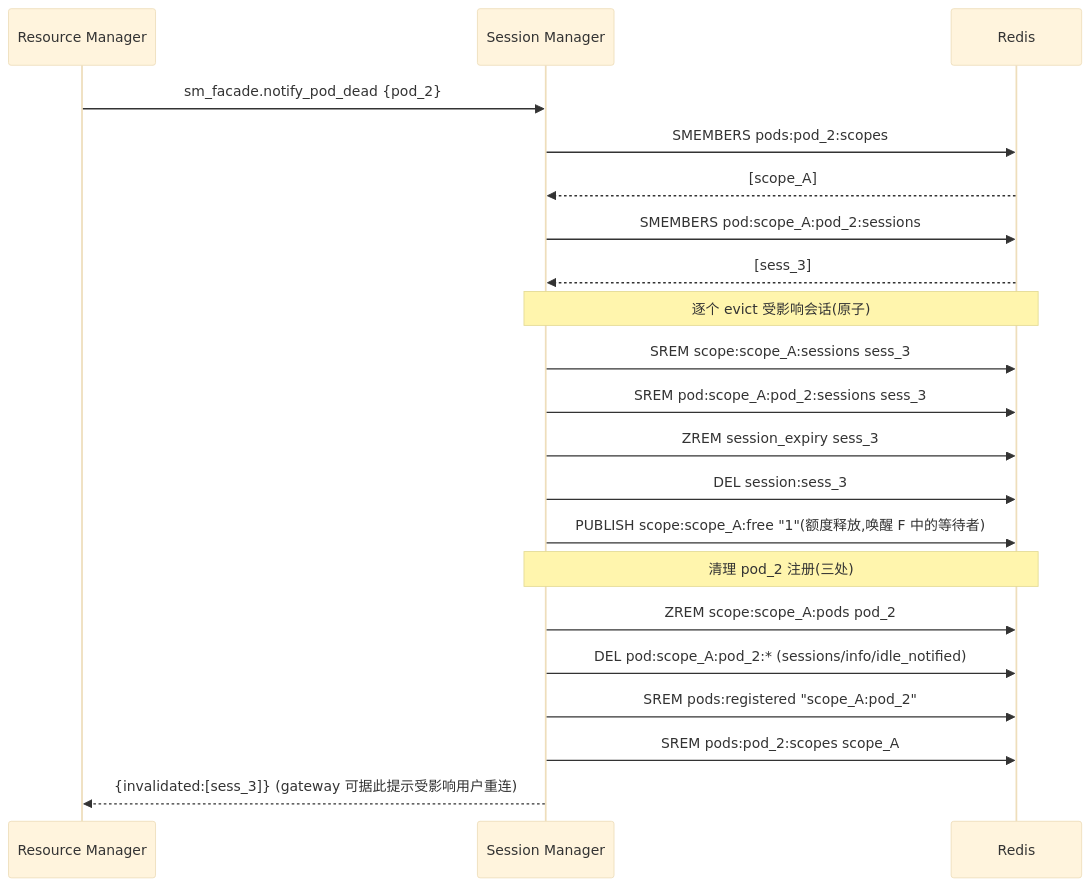
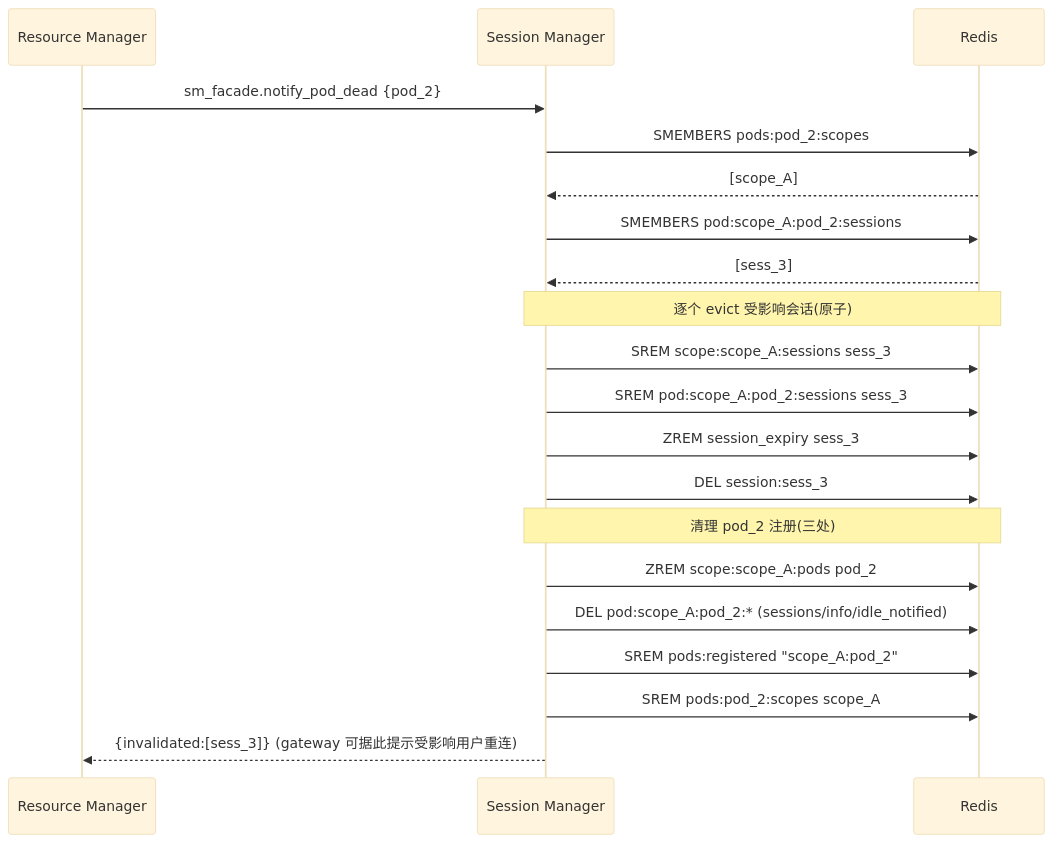
Diagram 14 of 21 in applications/agent_runtime/docs/design/Agent-Runtime-HLD.md (openJiuwen-ai/agent-runtime), drawn with Mermaid (base theme) before and after one commit. The commit also changed other lines of this file and 35 other files, not shown here.

````diff
--- a/applications/agent_runtime/docs/design/Agent-Runtime-HLD.md
+++ b/applications/agent_runtime/docs/design/Agent-Runtime-HLD.md
@@ -979,23 +958,22 @@
 ```mermaid
 sequenceDiagram
     participant RM as Resource Manager
     participant SM as Session Manager
     participant R as Redis
     RM->>SM: sm_facade.notify_pod_dead {pod_2}
     SM->>R: SMEMBERS pods:pod_2:scopes
     R-->>SM: [scope_A]
     SM->>R: SMEMBERS pod:scope_A:pod_2:sessions
     R-->>SM: [sess_3]
     Note over SM,R: 逐个 evict 受影响会话(原子)
     SM->>R: SREM scope:scope_A:sessions sess_3
     SM->>R: SREM pod:scope_A:pod_2:sessions sess_3
     SM->>R: ZREM session_expiry sess_3
     SM->>R: DEL session:sess_3
-    SM->>R: PUBLISH scope:scope_A:free "1"(额度释放,唤醒 F 中的等待者)
     Note over SM,R: 清理 pod_2 注册(三处)
     SM->>R: ZREM scope:scope_A:pods pod_2
     SM->>R: DEL pod:scope_A:pod_2:* (sessions/info/idle_notified)
     SM->>R: SREM pods:registered "scope_A:pod_2"
     SM->>R: SREM pods:pod_2:scopes scope_A
     SM-->>RM: {invalidated:[sess_3]}   (gateway 可据此提示受影响用户重连)
 ```
````
